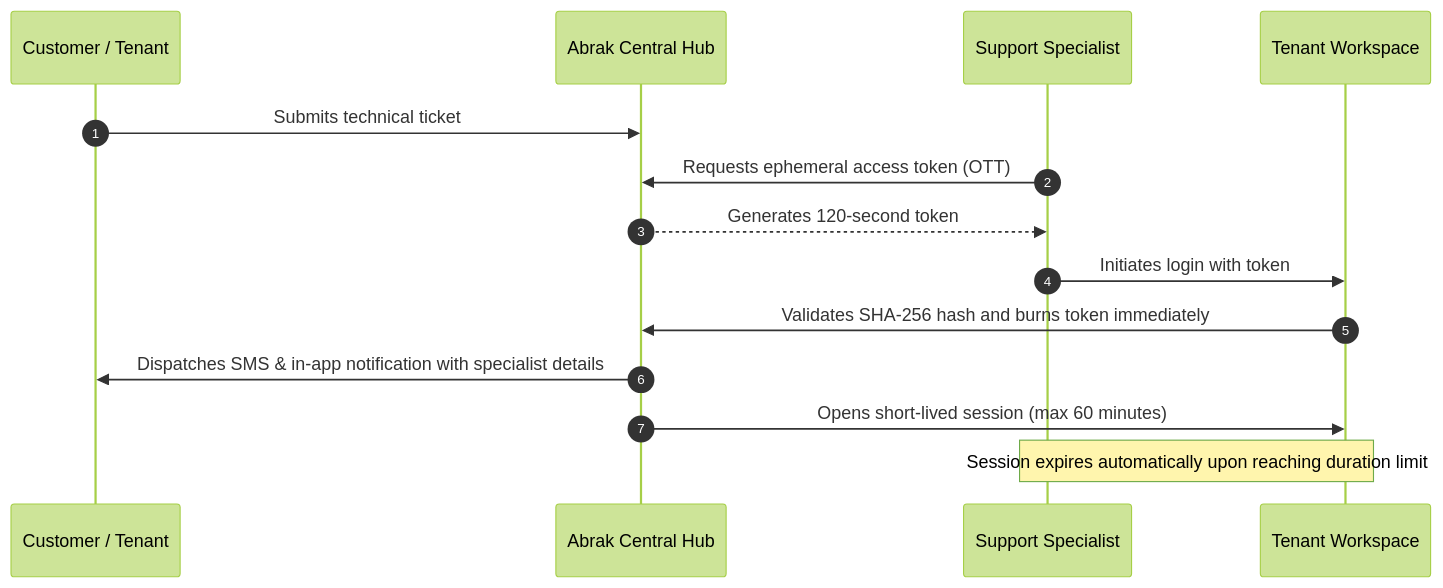
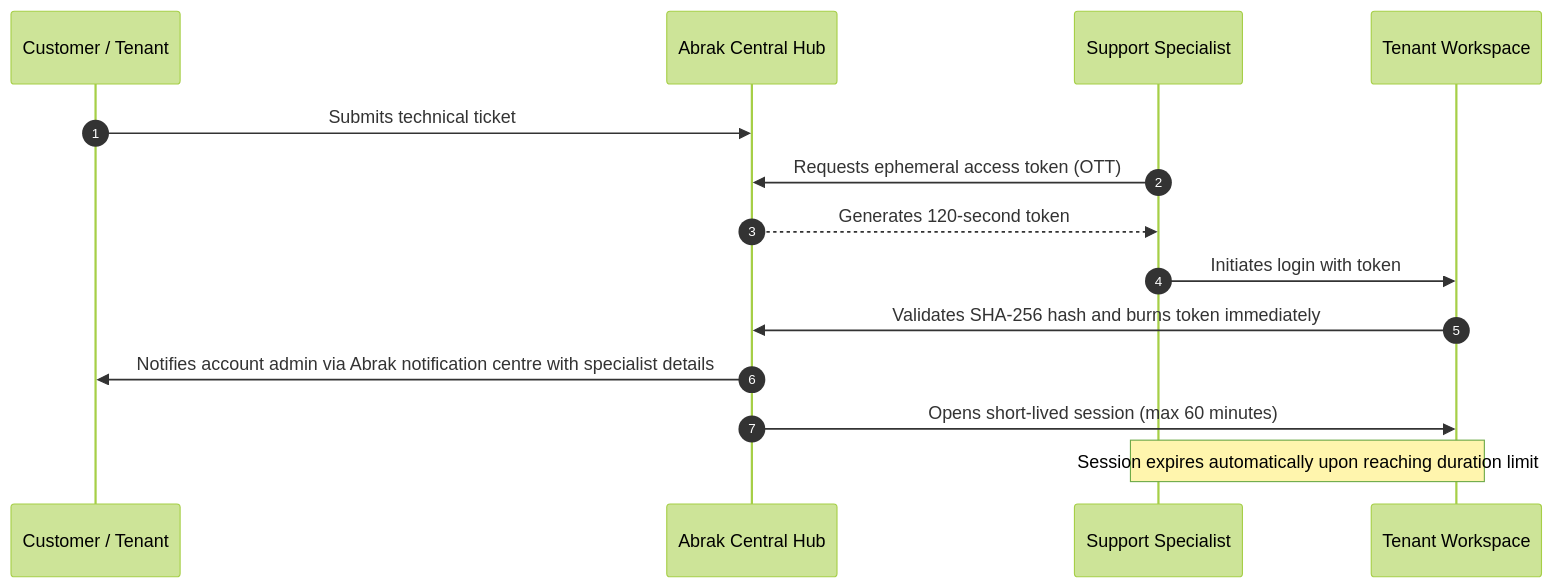
The diagram in en/support-access.md (abrakorg/abrak-docs), drawn with Mermaid (forest theme) before and after one commit. The commit also changed other lines of this file and 14 other files, not shown here.

````diff
--- a/en/support-access.md
+++ b/en/support-access.md
@@ -25,17 +25,17 @@
 ```mermaid
 sequenceDiagram
     autonumber
     participant Customer as Customer / Tenant
     participant Hub as Abrak Central Hub
     participant Staff as Support Specialist
     participant Tenant as Tenant Workspace
 
     Customer->>Hub: Submits technical ticket
     Staff->>Hub: Requests ephemeral access token (OTT)
     Hub-->>Staff: Generates 120-second token
     Staff->>Tenant: Initiates login with token
     Tenant->>Hub: Validates SHA-256 hash and burns token immediately
-    Hub->>Customer: Dispatches SMS & in-app notification with specialist details
+    Hub->>Customer: Notifies account admin via Abrak notification centre with specialist details
     Hub->>Tenant: Opens short-lived session (max 60 minutes)
     Note over Staff,Tenant: Session expires automatically upon reaching duration limit
 ```
````
